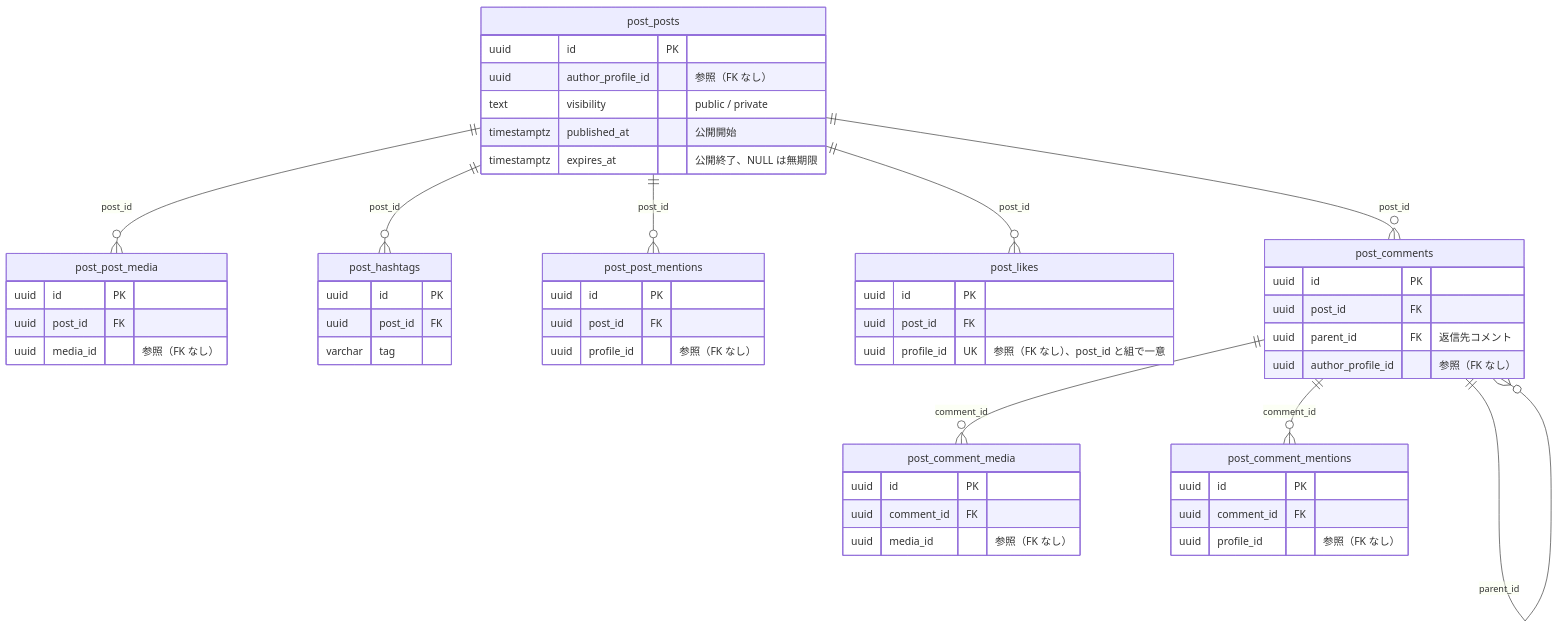
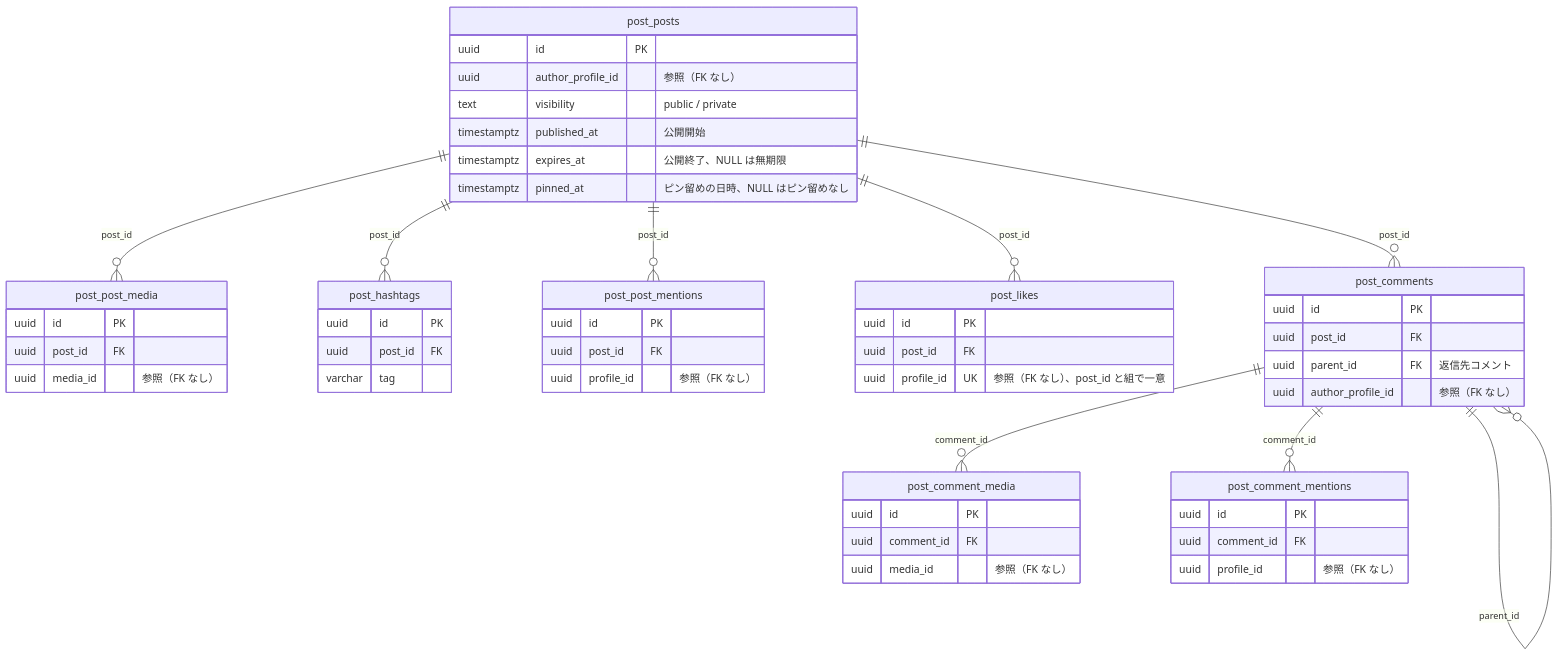
Before and after one commit to panicboat/monorepo: the fourth of 14 diagrams in dystopia/docs/data-model.md, drawn with Mermaid. The commit also changed other lines of this file and 26 other files, not shown here.

````diff
--- a/dystopia/docs/data-model.md
+++ b/dystopia/docs/data-model.md
@@ -92,54 +92,55 @@
 ```mermaid
 erDiagram
     post_posts {
         uuid id PK
         uuid author_profile_id "参照（FK なし）"
         text visibility "public / private"
         timestamptz published_at "公開開始"
         timestamptz expires_at "公開終了、NULL は無期限"
+        timestamptz pinned_at "ピン留めの日時、NULL はピン留めなし"
     }
     post_post_media {
         uuid id PK
         uuid post_id FK
         uuid media_id "参照（FK なし）"
     }
     post_hashtags {
         uuid id PK
         uuid post_id FK
         varchar tag
     }
     post_post_mentions {
         uuid id PK
         uuid post_id FK
         uuid profile_id "参照（FK なし）"
     }
     post_likes {
         uuid id PK
         uuid post_id FK
         uuid profile_id UK "参照（FK なし）、post_id と組で一意"
     }
     post_comments {
         uuid id PK
         uuid post_id FK
         uuid parent_id FK "返信先コメント"
         uuid author_profile_id "参照（FK なし）"
     }
     post_comment_media {
         uuid id PK
         uuid comment_id FK
         uuid media_id "参照（FK なし）"
     }
     post_comment_mentions {
         uuid id PK
         uuid comment_id FK
         uuid profile_id "参照（FK なし）"
     }
     post_posts ||--o{ post_post_media : "post_id"
     post_posts ||--o{ post_hashtags : "post_id"
     post_posts ||--o{ post_post_mentions : "post_id"
     post_posts ||--o{ post_likes : "post_id"
     post_posts ||--o{ post_comments : "post_id"
     post_comments ||--o{ post_comments : "parent_id"
     post_comments ||--o{ post_comment_media : "comment_id"
     post_comments ||--o{ post_comment_mentions : "comment_id"
 ```
````
